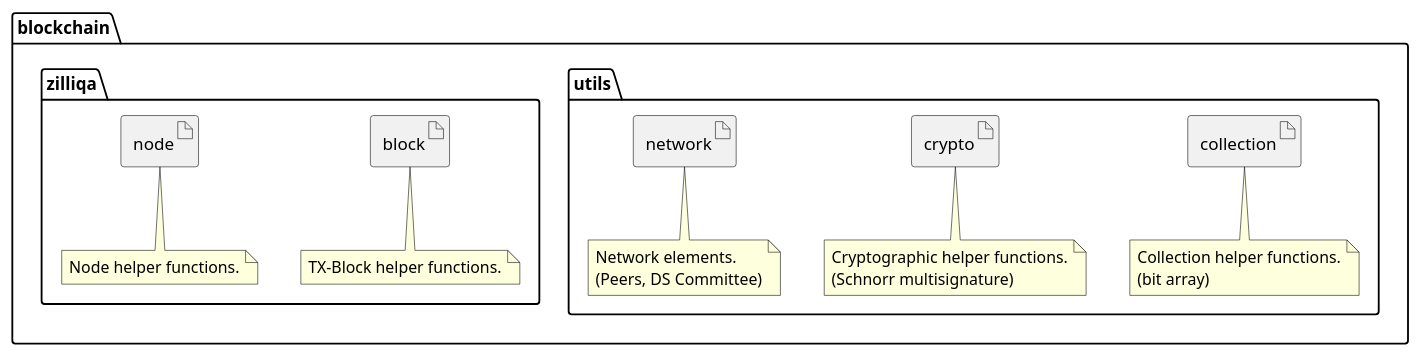
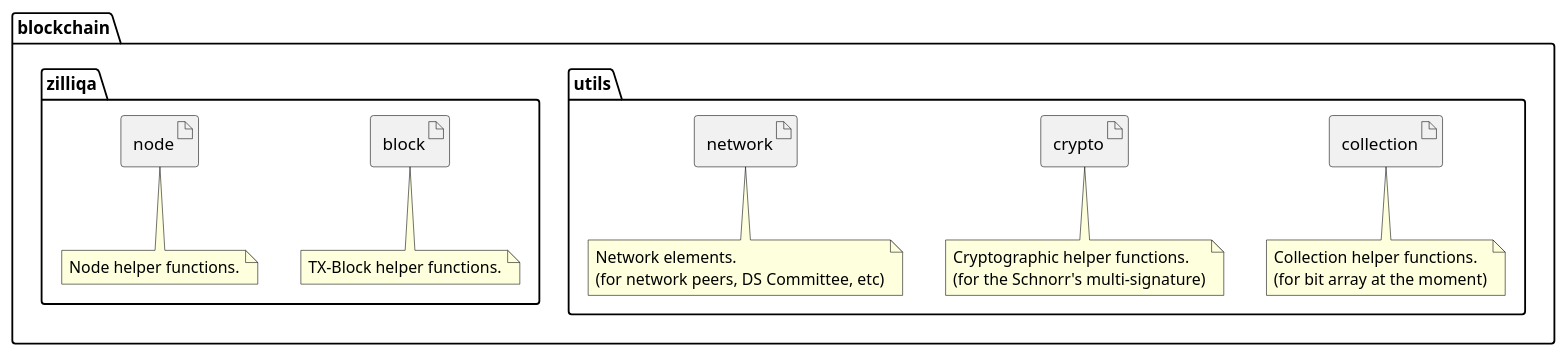
The diagram in uml/packages.plantuml (marciogualtieri/blockchain), drawn with PlantUML before and after one commit. The commit also changed 2 other files, not shown here.

```diff
--- a/uml/packages.plantuml
+++ b/uml/packages.plantuml
@@ -1,31 +1,31 @@
 @startuml
 folder blockchain {
   folder utils {
       artifact collection
         note bottom
           Collection helper functions.
-          (bit array)
+          (for bit array at the moment)
         end note
       artifact crypto
         note bottom
           Cryptographic helper functions.
-          (Schnorr multisignature)
+          (for the Schnorr's multi-signature)
         end note
       artifact network
         note bottom
           Network elements.
-          (Peers, DS Committee)
+          (for network peers, DS Committee, etc)
         end note
   }
   folder zilliqa {
       artifact block
         note bottom
           TX-Block helper functions.
         end note
       artifact node
         note bottom
           Node helper functions.
         end note
   }
 }
 @enduml
```
